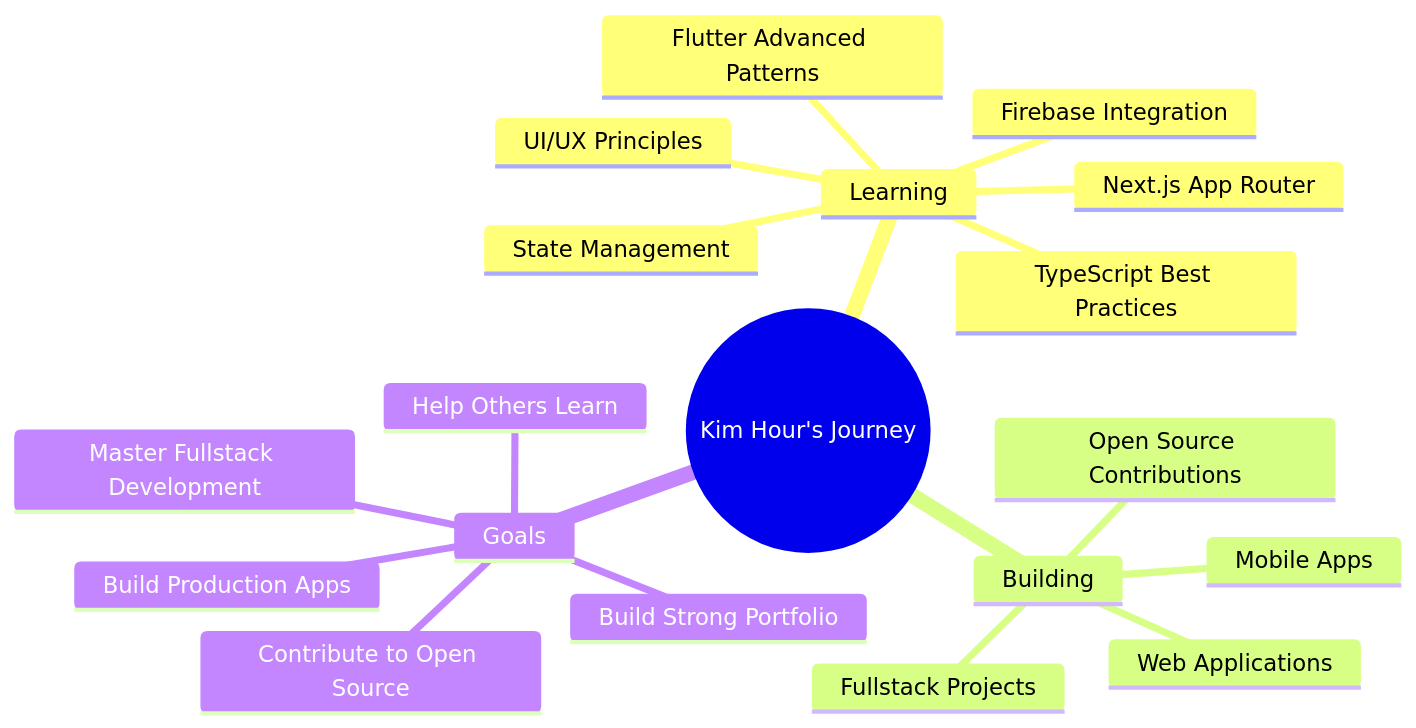
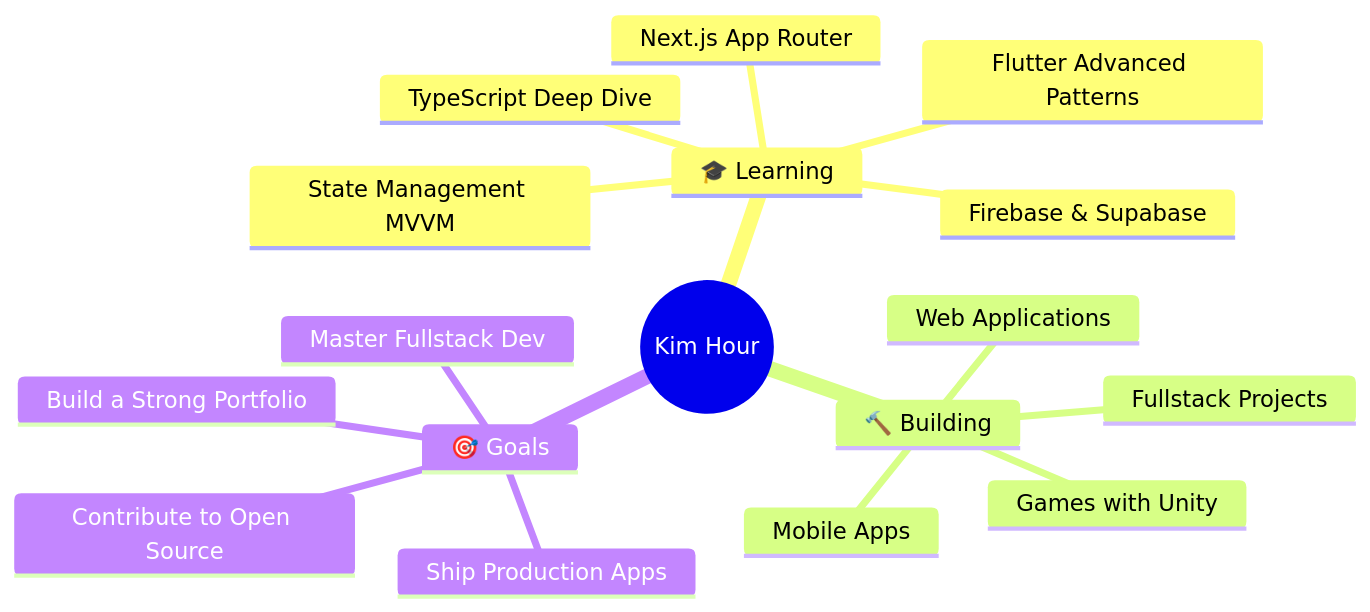
The second of 2 diagrams in README.md (LK-Hour/LK-Hour), drawn with Mermaid before and after one commit. The commit also changed other lines of this file and 1 other file, not shown here.

````diff
--- a/README.md
+++ b/README.md
@@ -204,22 +219,20 @@
 ```mermaid
 mindmap
-  root((Kim Hour's Journey))
-    Learning
+  root((Kim Hour))
+    🎓 Learning
       Flutter Advanced Patterns
       Next.js App Router
-      TypeScript Best Practices
-      State Management
-      Firebase Integration
-      UI/UX Principles
-    Building
+      TypeScript Deep Dive
+      State Management MVVM
+      Firebase & Supabase
+    🔨 Building
       Mobile Apps
       Web Applications
       Fullstack Projects
-      Open Source Contributions
-    Goals
-      Master Fullstack Development
-      Build Production Apps
+      Games with Unity
+    🎯 Goals
+      Master Fullstack Dev
+      Ship Production Apps
       Contribute to Open Source
-      Build Strong Portfolio
-      Help Others Learn
+      Build a Strong Portfolio
 ```
````
